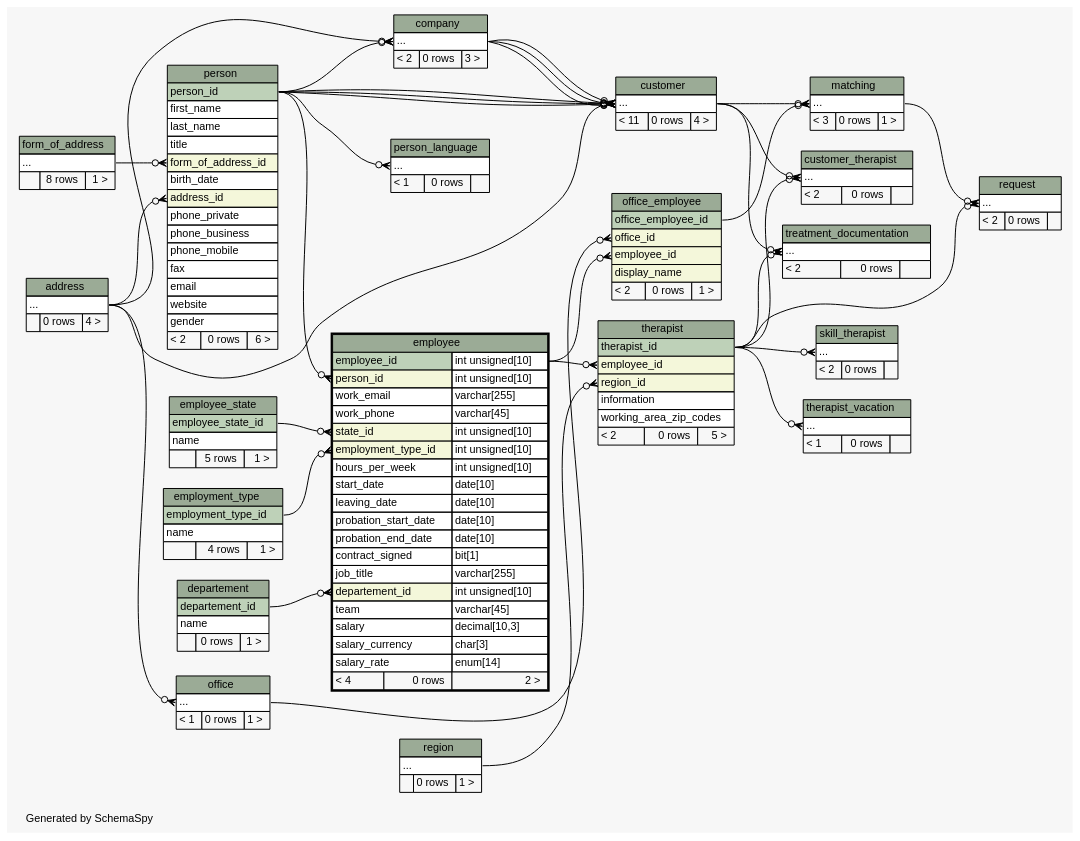
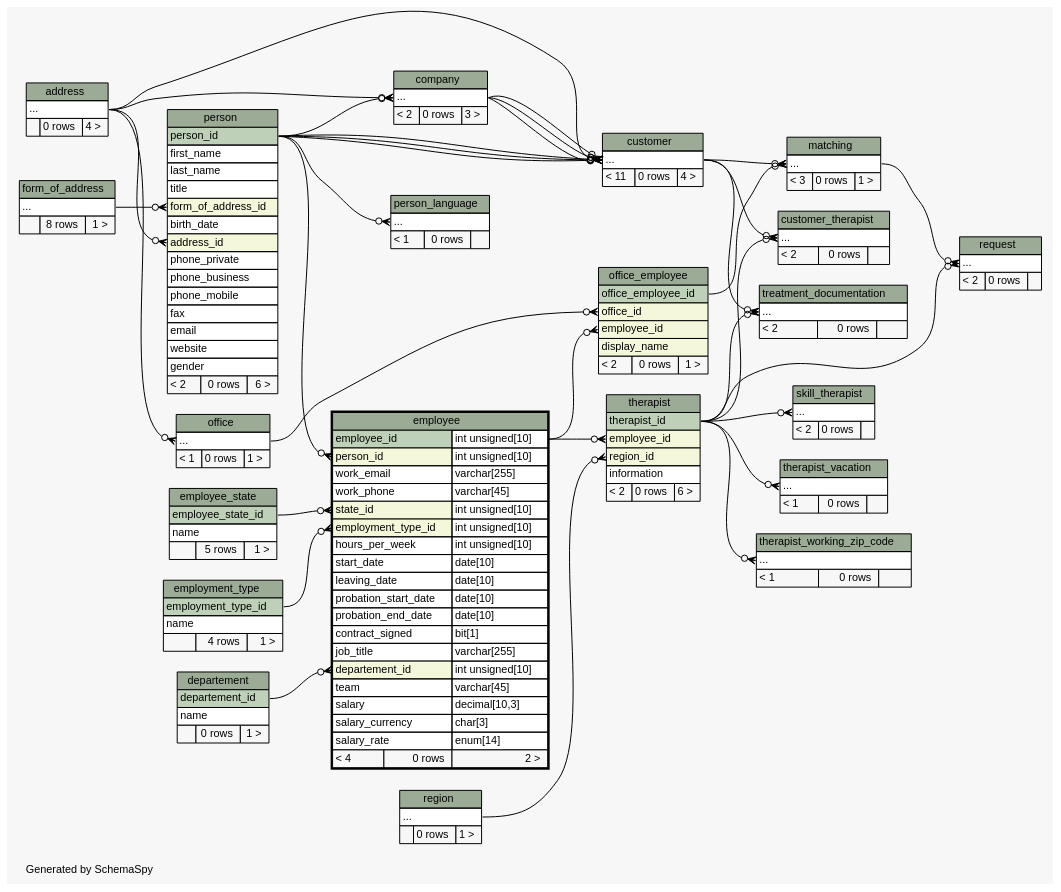
The diagram in diagrams/employee.2degrees.dot (KaiBMP/KaiBMP.github.io), drawn with Graphviz before and after one commit. The commit also changed 159 other files, not shown here.

Commit message:
schemaspy update

```diff
--- a/diagrams/employee.2degrees.dot
+++ b/diagrams/employee.2degrees.dot
@@ -48,6 +48,7 @@
   "therapist":"employee_id":w -> "employee":"employee_id.type":e [arrowhead=none dir=back arrowtail=crowodot];
   "therapist":"region_id":w -> "region":"elipses":e [arrowhead=none dir=back arrowtail=crowodot];
   "therapist_vacation":"elipses":w -> "therapist":"therapist_id":e [arrowhead=none dir=back arrowtail=crowodot];
+  "therapist_working_zip_code":"elipses":w -> "therapist":"therapist_id":e [arrowhead=none dir=back arrowtail=crowodot];
   "treatment_documentation":"elipses":w -> "customer":"elipses":e [arrowhead=none dir=back arrowtail=crowodot];
   "treatment_documentation":"elipses":w -> "therapist":"therapist_id":e [arrowhead=none dir=back arrowtail=crowodot];
   "address" [
@@ -264,8 +265,7 @@
       <TR><TD PORT="employee_id" COLSPAN="3" BGCOLOR="#f4f7da" ALIGN="LEFT">employee_id</TD></TR>
       <TR><TD PORT="region_id" COLSPAN="3" BGCOLOR="#f4f7da" ALIGN="LEFT">region_id</TD></TR>
       <TR><TD PORT="information" COLSPAN="3" ALIGN="LEFT">information</TD></TR>
-      <TR><TD PORT="working_area_zip_codes" COLSPAN="3" ALIGN="LEFT">working_area_zip_codes</TD></TR>
-      <TR><TD ALIGN="LEFT" BGCOLOR="#f7f7f7">&lt; 2</TD><TD ALIGN="RIGHT" BGCOLOR="#f7f7f7">0 rows</TD><TD ALIGN="RIGHT" BGCOLOR="#f7f7f7">5 &gt;</TD></TR>
+      <TR><TD ALIGN="LEFT" BGCOLOR="#f7f7f7">&lt; 2</TD><TD ALIGN="RIGHT" BGCOLOR="#f7f7f7">0 rows</TD><TD ALIGN="RIGHT" BGCOLOR="#f7f7f7">6 &gt;</TD></TR>
     </TABLE>>
     URL="therapist.html"
     tooltip="therapist"
@@ -280,6 +280,16 @@
     URL="therapist_vacation.html"
     tooltip="therapist_vacation"
   ];
+  "therapist_working_zip_code" [
+    label=<
+    <TABLE BORDER="0" CELLBORDER="1" CELLSPACING="0" BGCOLOR="#ffffff">
+      <TR><TD COLSPAN="3" BGCOLOR="#9bab96" ALIGN="CENTER">therapist_working_zip_code</TD></TR>
+      <TR><TD PORT="elipses" COLSPAN="3" ALIGN="LEFT">...</TD></TR>
+      <TR><TD ALIGN="LEFT" BGCOLOR="#f7f7f7">&lt; 1</TD><TD ALIGN="RIGHT" BGCOLOR="#f7f7f7">0 rows</TD><TD ALIGN="RIGHT" BGCOLOR="#f7f7f7">  </TD></TR>
+    </TABLE>>
+    URL="therapist_working_zip_code.html"
+    tooltip="therapist_working_zip_code"
+  ];
   "treatment_documentation" [
     label=<
     <TABLE BORDER="0" CELLBORDER="1" CELLSPACING="0" BGCOLOR="#ffffff">
```
